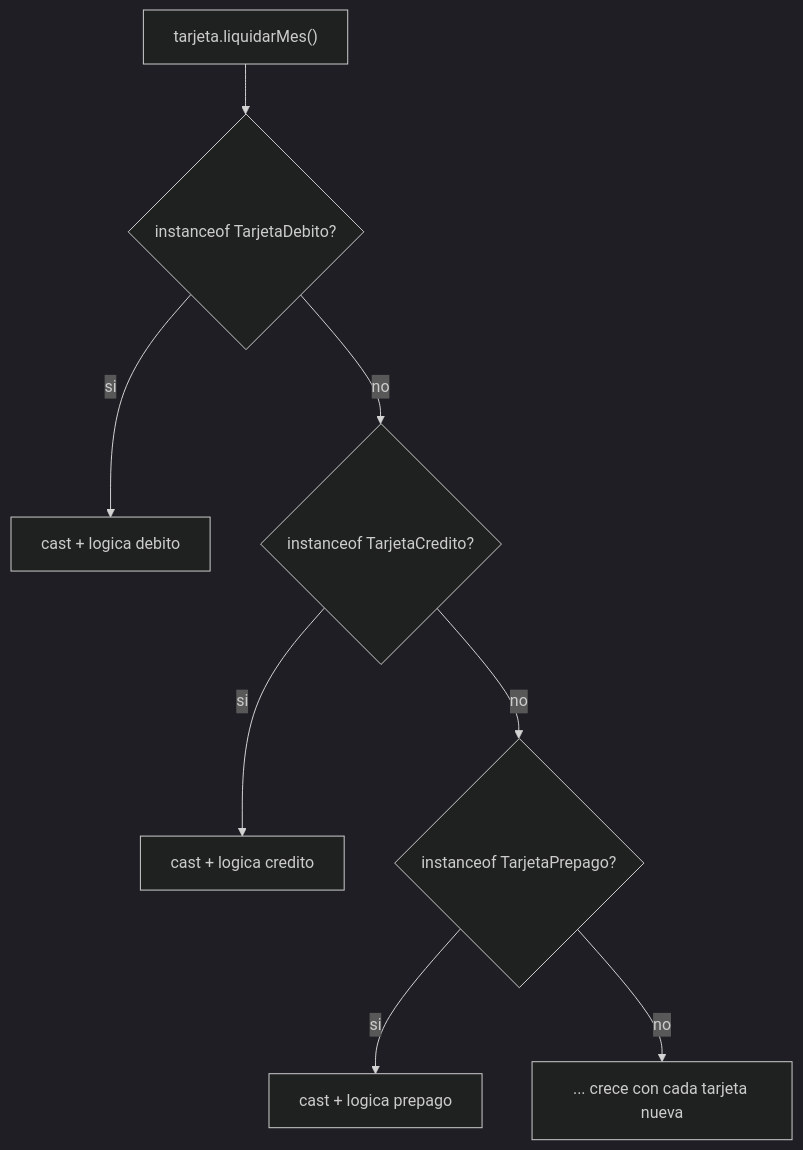
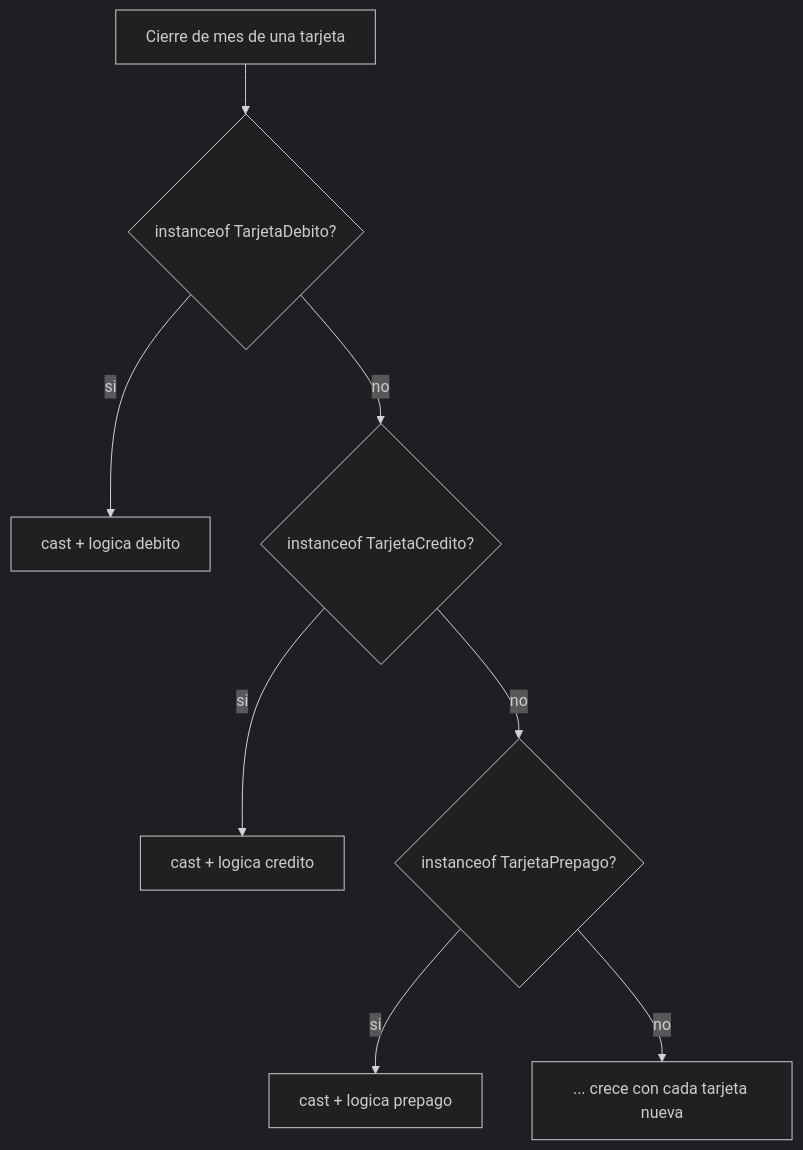
One commit to santiagoSuarez219/nodo-edu changed the first of 3 diagrams in content/cursos/estructuras-de-datos/polimorfismo.mdx. Above: the diagram before and after it, drawn with Mermaid (dark theme). The commit also changed other lines of this file and 12 other files, not shown here.

````diff
--- a/content/cursos/estructuras-de-datos/polimorfismo.mdx
+++ b/content/cursos/estructuras-de-datos/polimorfismo.mdx
@@ -43,10 +45,10 @@
 ```mermaid
 flowchart TB
-  A["tarjeta.liquidarMes()"] --> B{"instanceof TarjetaDebito?"}
+  A["Cierre de mes de una tarjeta"] --> B{"instanceof TarjetaDebito?"}
   B -->|"si"| C["cast + logica debito"]
   B -->|"no"| D{"instanceof TarjetaCredito?"}
   D -->|"si"| E["cast + logica credito"]
   D -->|"no"| F{"instanceof TarjetaPrepago?"}
   F -->|"si"| G["cast + logica prepago"]
   F -->|"no"| H["... crece con cada tarjeta nueva"]
 ```
````
